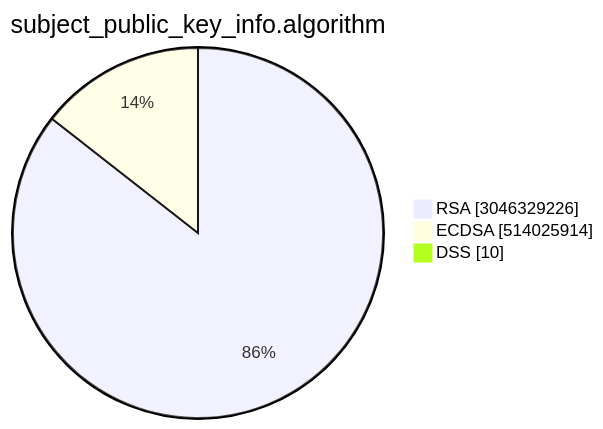
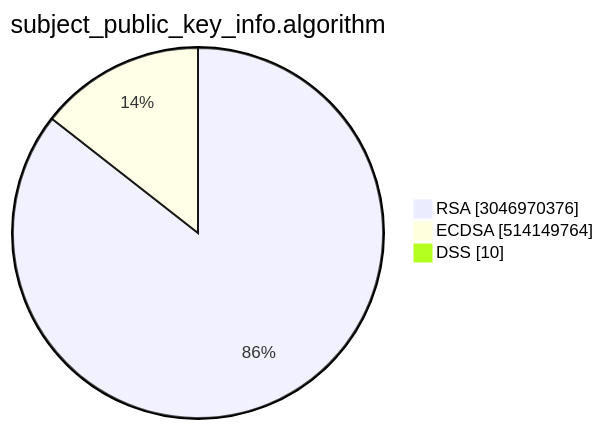
The second of 15 diagrams in TOTAL/README.md (christiankrug/ctmonitor_visualization), drawn with Mermaid before and after one commit. The commit also changed other lines of this file, not shown here.

````diff
--- a/TOTAL/README.md
+++ b/TOTAL/README.md
@@ -6,7 +6,7 @@
 ```mermaid
 pie showData
 title subject_public_key_info.algorithm
-"RSA" :3046329226
-"ECDSA" :514025914
+"RSA" :3046970376
+"ECDSA" :514149764
 "DSS" :10
 ```
````
